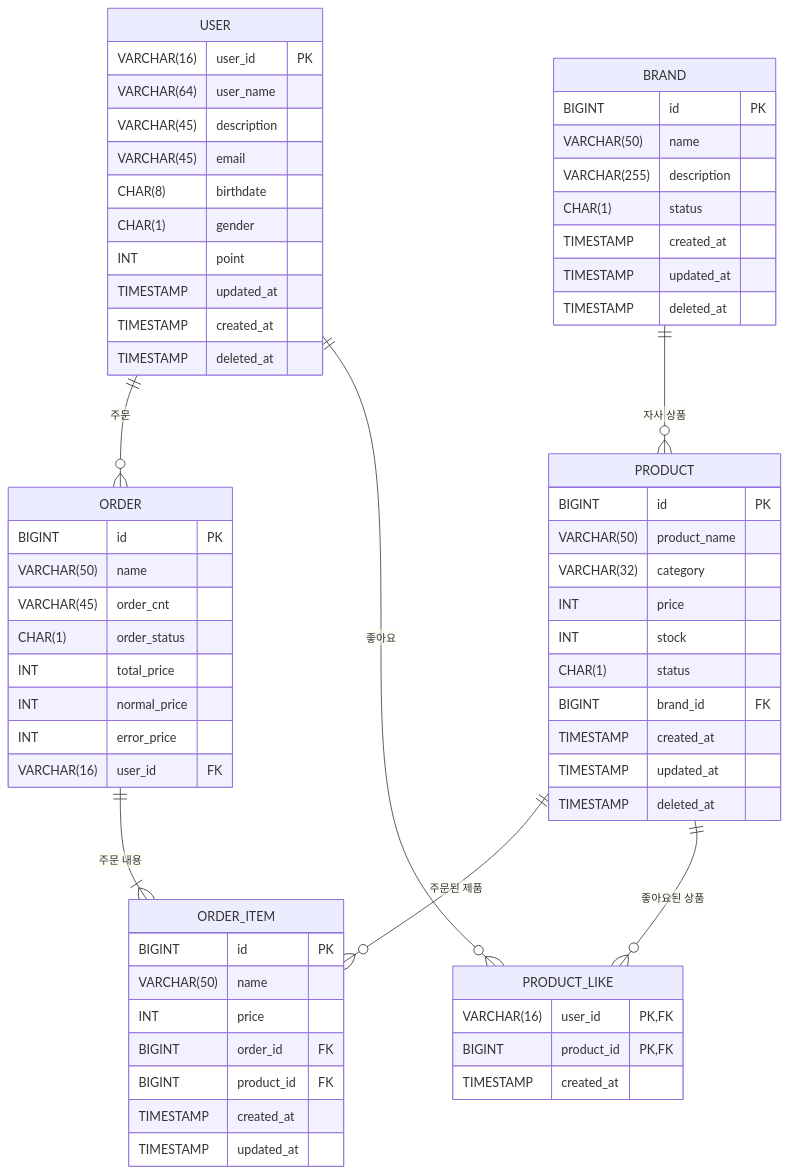
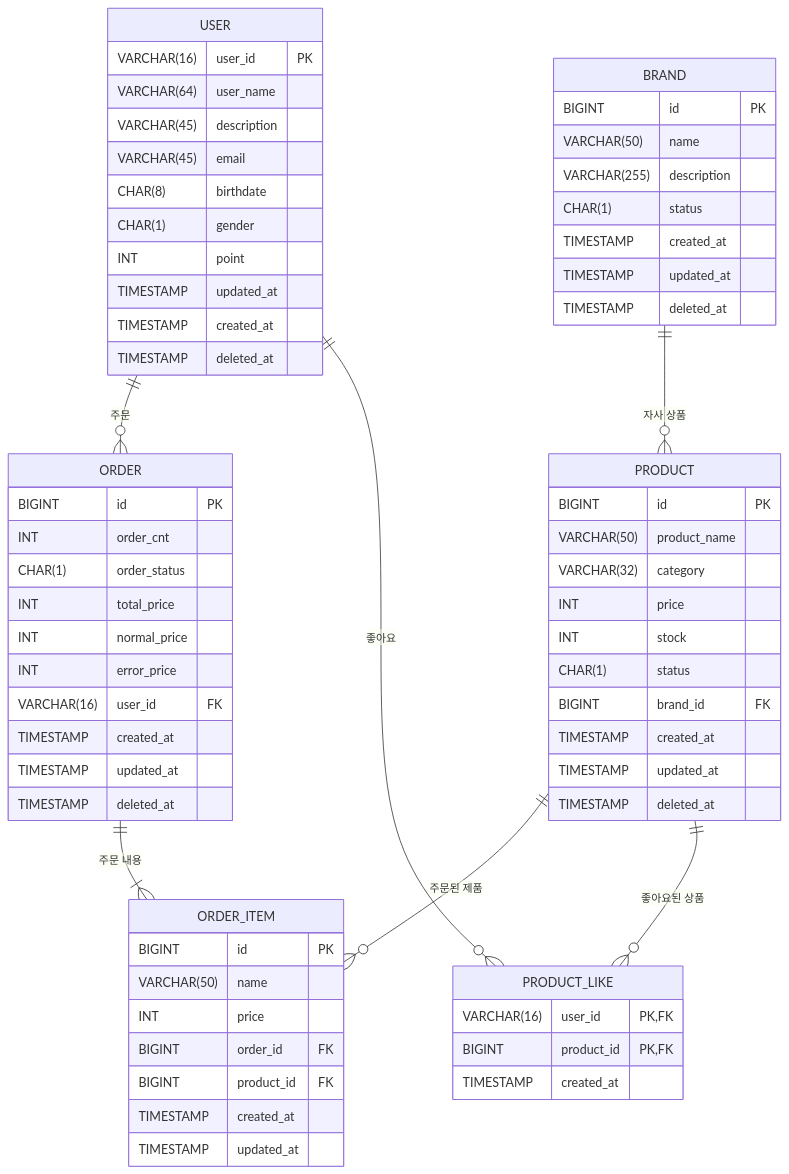
Before and after one commit to Loopers-dev-lab/loopers-spring-java-template: the diagram in docs/week2/04-erd.md, drawn with Mermaid.

Commit message:
fix: Order 테이블 컬럼 정리

````diff
--- a/docs/week2/04-erd.md
+++ b/docs/week2/04-erd.md
@@ -20,75 +20,78 @@
 ```mermaid
 erDiagram
 
     USER {
         VARCHAR(16) user_id PK
         VARCHAR(64) user_name 
         VARCHAR(45) description 
         VARCHAR(45) email
         CHAR(8) birthdate
         CHAR(1) gender
         INT point
         TIMESTAMP updated_at
         TIMESTAMP created_at
         TIMESTAMP deleted_at
     }
 
     PRODUCT {
         BIGINT id PK
         VARCHAR(50) product_name
         VARCHAR(32) category
         INT price
         INT stock
         CHAR(1) status
         BIGINT brand_id FK
         TIMESTAMP created_at
         TIMESTAMP updated_at
         TIMESTAMP deleted_at
     }
 
     BRAND {
         BIGINT id PK
         VARCHAR(50) name
         VARCHAR(255) description
         CHAR(1) status
         TIMESTAMP created_at
         TIMESTAMP updated_at
         TIMESTAMP deleted_at
     }
 
     PRODUCT_LIKE {
         VARCHAR(16) user_id PK, FK
         BIGINT product_id PK, FK
         TIMESTAMP created_at
     }
 
     ORDER {
         BIGINT id PK
-        VARCHAR(50) name
-        VARCHAR(45) order_cnt
+        INT order_cnt
         CHAR(1) order_status
         INT total_price
         INT normal_price
         INT error_price
         VARCHAR(16) user_id FK
+        TIMESTAMP created_at
+        TIMESTAMP updated_at
+        TIMESTAMP deleted_at
+        
     }
 
     ORDER_ITEM {
         BIGINT id PK
         VARCHAR(50) name
         INT price
         BIGINT order_id FK
         BIGINT product_id FK
         TIMESTAMP created_at
         TIMESTAMP updated_at
     }
 
     %% Relationships
     USER ||--o{ ORDER : "주문"
     ORDER ||--|{ ORDER_ITEM : "주문 내용"
     PRODUCT ||--o{ ORDER_ITEM : "주문된 제품"
     USER ||--o{ PRODUCT_LIKE : "좋아요"
     PRODUCT ||--o{ PRODUCT_LIKE : "좋아요된 상품"
     BRAND ||--o{ PRODUCT : "자사 상품"
 
 ```
````
